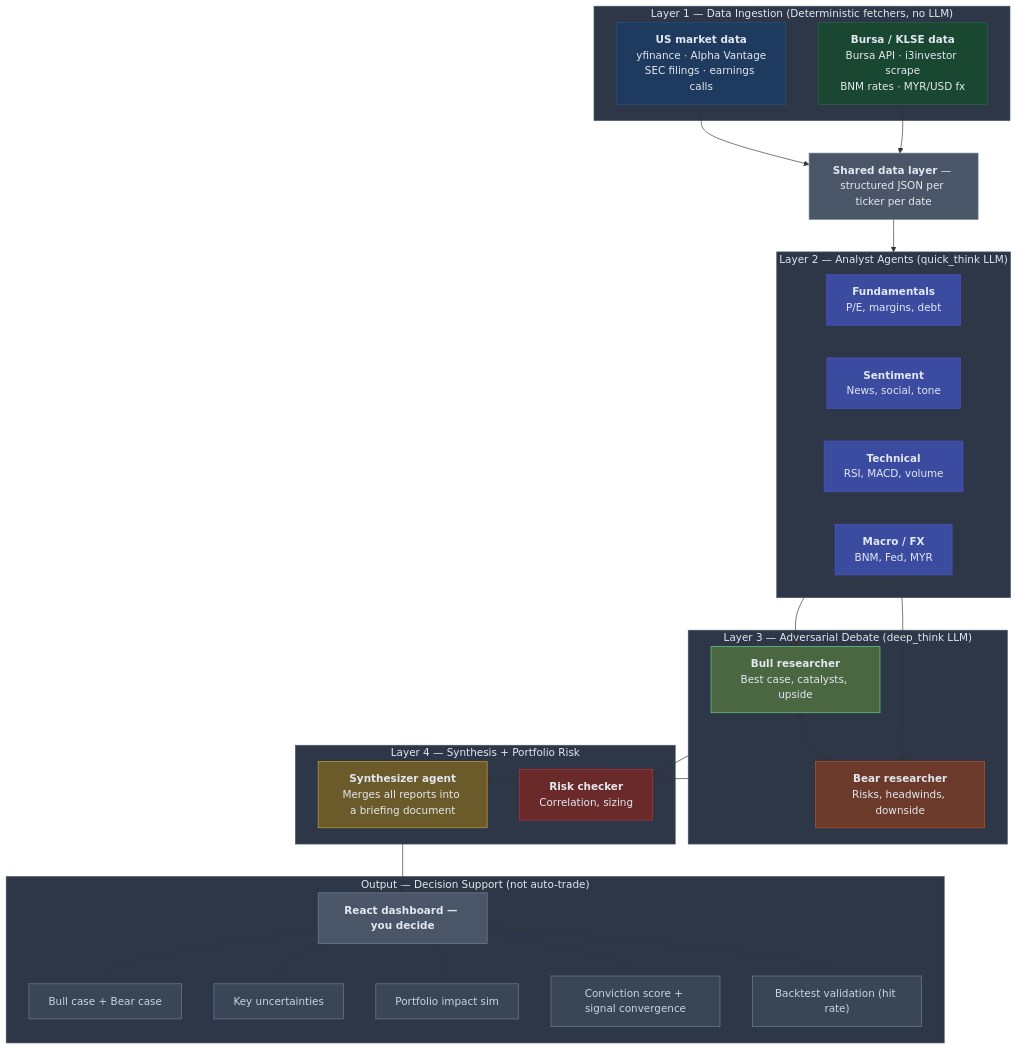
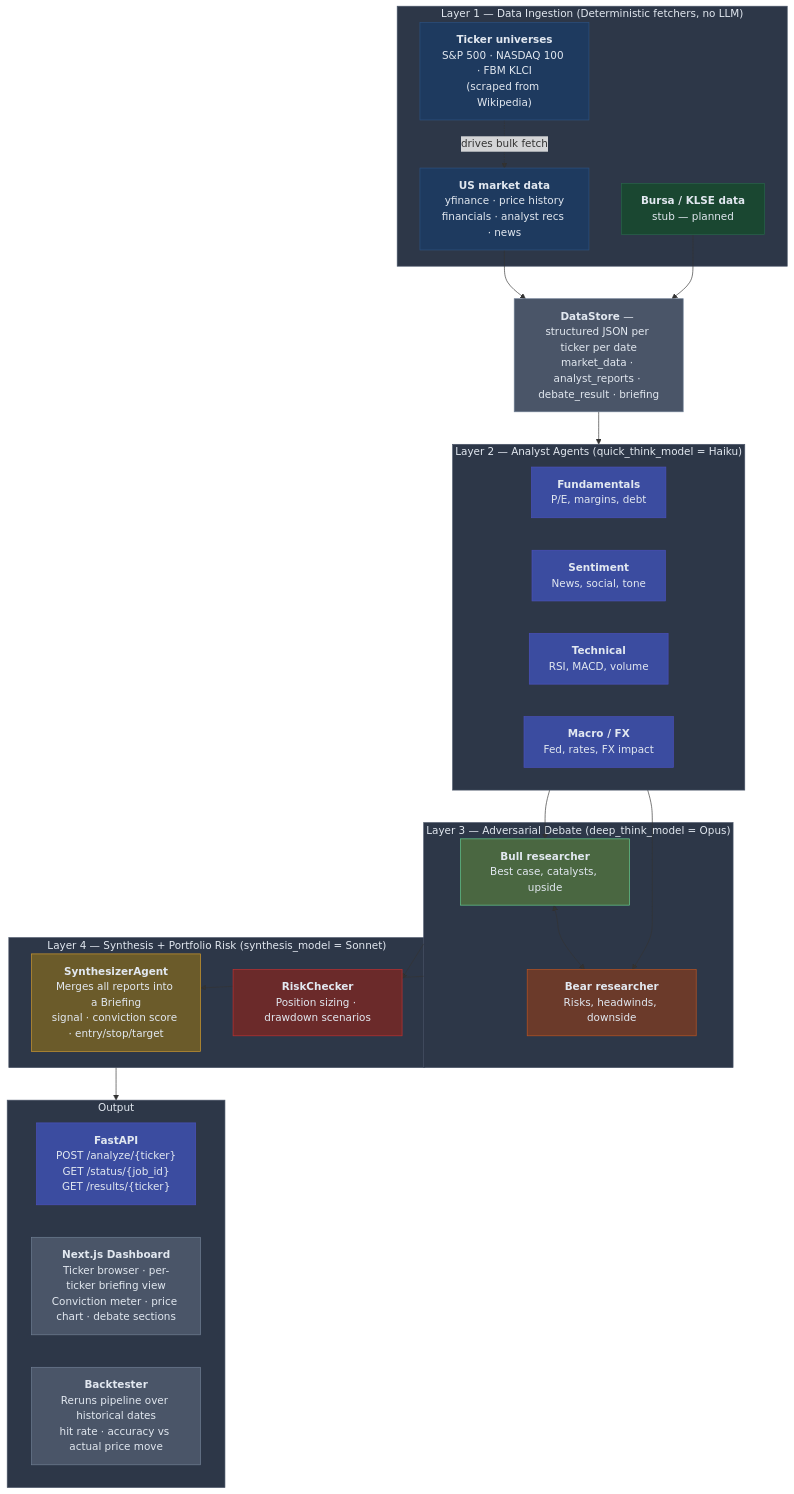
One commit to KelvinYou/ai-stock-analysis changed the diagram in architecture.md. Above: the diagram before and after it, drawn with Mermaid. The commit also changed 1 other file, not shown here.

Commit message:
docs: update README and architecture diagram to reflect current state
README now covers stock-fetch CLI, web dashboard setup, full project
structure (backtest, api, web), and corrects Malaysia market status to
stub. Architecture diagram adds ticker-universe node, renames SDL to
DataStore, and expands Output layer to show FastAPI, Next.js, and
Backtester nodes.

````diff
--- a/architecture.md
+++ b/architecture.md
@@ -3,76 +3,73 @@
 ```mermaid
 flowchart TD
     subgraph L1["Layer 1 — Data Ingestion (Deterministic fetchers, no LLM)"]
-        US["<b>US market data</b><br/>yfinance · Alpha Vantage<br/>SEC filings · earnings calls"]
-        MY["<b>Bursa / KLSE data</b><br/>Bursa API · i3investor scrape<br/>BNM rates · MYR/USD fx"]
+        US["<b>US market data</b><br/>yfinance · price history<br/>financials · analyst recs · news"]
+        MY["<b>Bursa / KLSE data</b><br/>stub — planned"]
+        UNI["<b>Ticker universes</b><br/>S&amp;P 500 · NASDAQ 100 · FBM KLCI<br/>(scraped from Wikipedia)"]
     end
 
     US --> SDL
     MY --> SDL
-    SDL["<b>Shared data layer</b> — structured JSON per ticker per date"]
+    UNI -.->|drives bulk fetch| US
+    SDL["<b>DataStore</b> — structured JSON per ticker per date<br/>market_data · analyst_reports · debate_result · briefing"]
 
     SDL --> L2
 
-    subgraph L2["Layer 2 — Analyst Agents (quick_think LLM)"]
+    subgraph L2["Layer 2 — Analyst Agents (quick_think_model = Haiku)"]
         direction LR
         FUN["<b>Fundamentals</b><br/>P/E, margins, debt"]
         SEN["<b>Sentiment</b><br/>News, social, tone"]
         TEC["<b>Technical</b><br/>RSI, MACD, volume"]
-        MAC["<b>Macro / FX</b><br/>BNM, Fed, MYR"]
+        MAC["<b>Macro / FX</b><br/>Fed, rates, FX impact"]
     end
 
     L2 --> BULL
     L2 --> BEAR
 
-    subgraph L3["Layer 3 — Adversarial Debate (deep_think LLM)"]
+    subgraph L3["Layer 3 — Adversarial Debate (deep_think_model = Opus)"]
         BULL["<b>Bull researcher</b><br/>Best case, catalysts, upside"]
         BEAR["<b>Bear researcher</b><br/>Risks, headwinds, downside"]
         BULL <--> BEAR
     end
 
     L3 --> SYN
     L3 --> RISK
 
-    subgraph L4["Layer 4 — Synthesis + Portfolio Risk"]
-        SYN["<b>Synthesizer agent</b><br/>Merges all reports into a briefing document"]
-        RISK["<b>Risk checker</b><br/>Correlation, sizing"]
+    subgraph L4["Layer 4 — Synthesis + Portfolio Risk (synthesis_model = Sonnet)"]
+        SYN["<b>SynthesizerAgent</b><br/>Merges all reports into a Briefing<br/>signal · conviction score · entry/stop/target"]
+        RISK["<b>RiskChecker</b><br/>Position sizing · drawdown scenarios"]
     end
 
-    L4 --> DASH
+    L4 --> OUT
 
-    subgraph OUT["Output — Decision Support (not auto-trade)"]
-        DASH["<b>React dashboard — you decide</b>"]
-        DASH --- B1["Bull case + Bear case"]
-        DASH --- B2["Key uncertainties"]
-        DASH --- B3["Portfolio impact sim"]
-        DASH --- B4["Conviction score + signal convergence"]
-        DASH --- B5["Backtest validation (hit rate)"]
+    subgraph OUT["Output"]
+        API["<b>FastAPI</b><br/>POST /analyze/{ticker}<br/>GET /status/{job_id}<br/>GET /results/{ticker}"]
+        DASH["<b>Next.js Dashboard</b><br/>Ticker browser · per-ticker briefing view<br/>Conviction meter · price chart · debate sections"]
+        BT["<b>Backtester</b><br/>Reruns pipeline over historical dates<br/>hit rate · accuracy vs actual price move"]
     end
 
     style L1 fill:#2d3748,stroke:#4a5568,color:#e2e8f0
     style US fill:#1e3a5f,stroke:#2c5282,color:#e2e8f0
     style MY fill:#1a4731,stroke:#276749,color:#e2e8f0
+    style UNI fill:#1e3a5f,stroke:#2c5282,color:#e2e8f0
     style SDL fill:#4a5568,stroke:#718096,color:#e2e8f0
 
     style L2 fill:#2d3748,stroke:#4a5568,color:#e2e8f0
     style FUN fill:#3b4ca0,stroke:#4c51bf,color:#e2e8f0
     style SEN fill:#3b4ca0,stroke:#4c51bf,color:#e2e8f0
     style TEC fill:#3b4ca0,stroke:#4c51bf,color:#e2e8f0
     style MAC fill:#3b4ca0,stroke:#4c51bf,color:#e2e8f0
 
     style L3 fill:#2d3748,stroke:#4a5568,color:#e2e8f0
     style BULL fill:#4a6741,stroke:#68d391,color:#e2e8f0
     style BEAR fill:#6b3a2a,stroke:#c05621,color:#e2e8f0
 
     style L4 fill:#2d3748,stroke:#4a5568,color:#e2e8f0
     style SYN fill:#6b5b2a,stroke:#d69e2e,color:#e2e8f0
     style RISK fill:#6b2a2a,stroke:#c53030,color:#e2e8f0
 
     style OUT fill:#2d3748,stroke:#4a5568,color:#e2e8f0
+    style API fill:#3b4ca0,stroke:#4c51bf,color:#e2e8f0
     style DASH fill:#4a5568,stroke:#718096,color:#e2e8f0
-    style B1 fill:#3a4556,stroke:#718096,color:#cbd5e0
-    style B2 fill:#3a4556,stroke:#718096,color:#cbd5e0
-    style B3 fill:#3a4556,stroke:#718096,color:#cbd5e0
-    style B4 fill:#3a4556,stroke:#718096,color:#cbd5e0
-    style B5 fill:#3a4556,stroke:#718096,color:#cbd5e0
+    style BT fill:#4a5568,stroke:#718096,color:#e2e8f0
 ```
````
